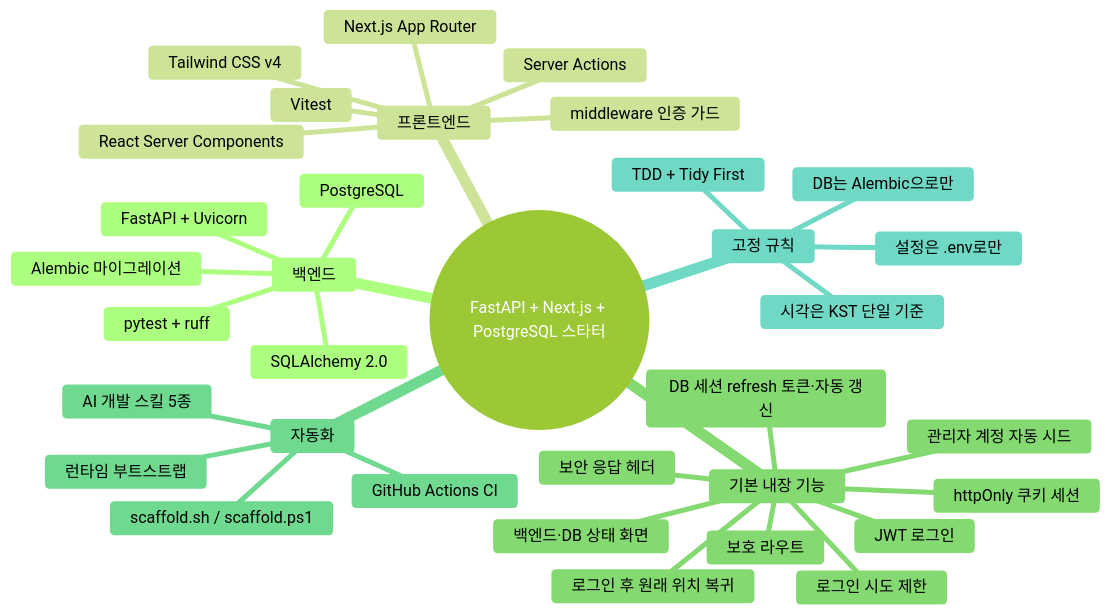
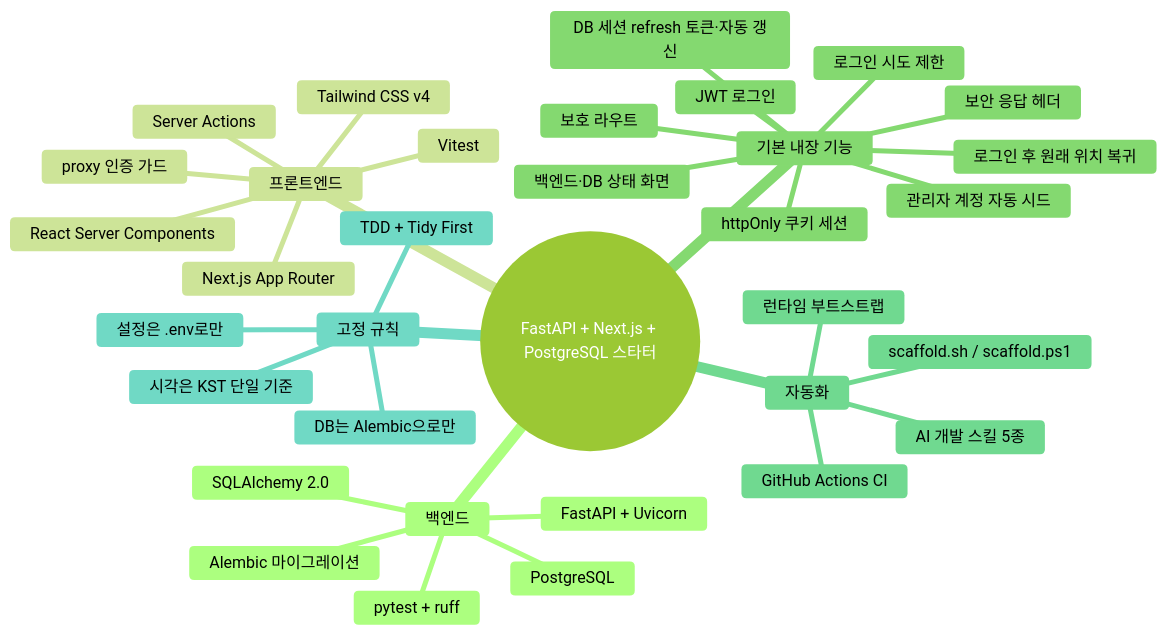
One commit to al8bright/fastapi-nextjs-pg-starter changed the first of 4 diagrams in README.md. Above: the diagram before and after it, drawn with Mermaid (forest theme). The commit also changed other lines of this file and 16 other files, not shown here.

First line of the commit message:
[Behavioral] chore: 인증 가드 middleware.ts → proxy.ts 전환

````diff
--- a/README.md
+++ b/README.md
@@ -31,37 +31,37 @@
 ```mermaid
 mindmap
   root((FastAPI + Next.js + PostgreSQL 스타터))
     백엔드
       FastAPI + Uvicorn
       SQLAlchemy 2.0
       Alembic 마이그레이션
       pytest + ruff
       PostgreSQL
     프론트엔드
       Next.js App Router
       React Server Components
       Server Actions
-      middleware 인증 가드
+      proxy 인증 가드
       Tailwind CSS v4
       Vitest
     기본 내장 기능
       JWT 로그인
       DB 세션 refresh 토큰·자동 갱신
       httpOnly 쿠키 세션
       로그인 시도 제한
       보안 응답 헤더
       관리자 계정 자동 시드
       보호 라우트
       로그인 후 원래 위치 복귀
       백엔드·DB 상태 화면
     자동화
       scaffold.sh / scaffold.ps1
       런타임 부트스트랩
       GitHub Actions CI
       AI 개발 스킬 5종
     고정 규칙
       DB는 Alembic으로만
       설정은 .env로만
       시각은 KST 단일 기준
       TDD + Tidy First
 ```
````
